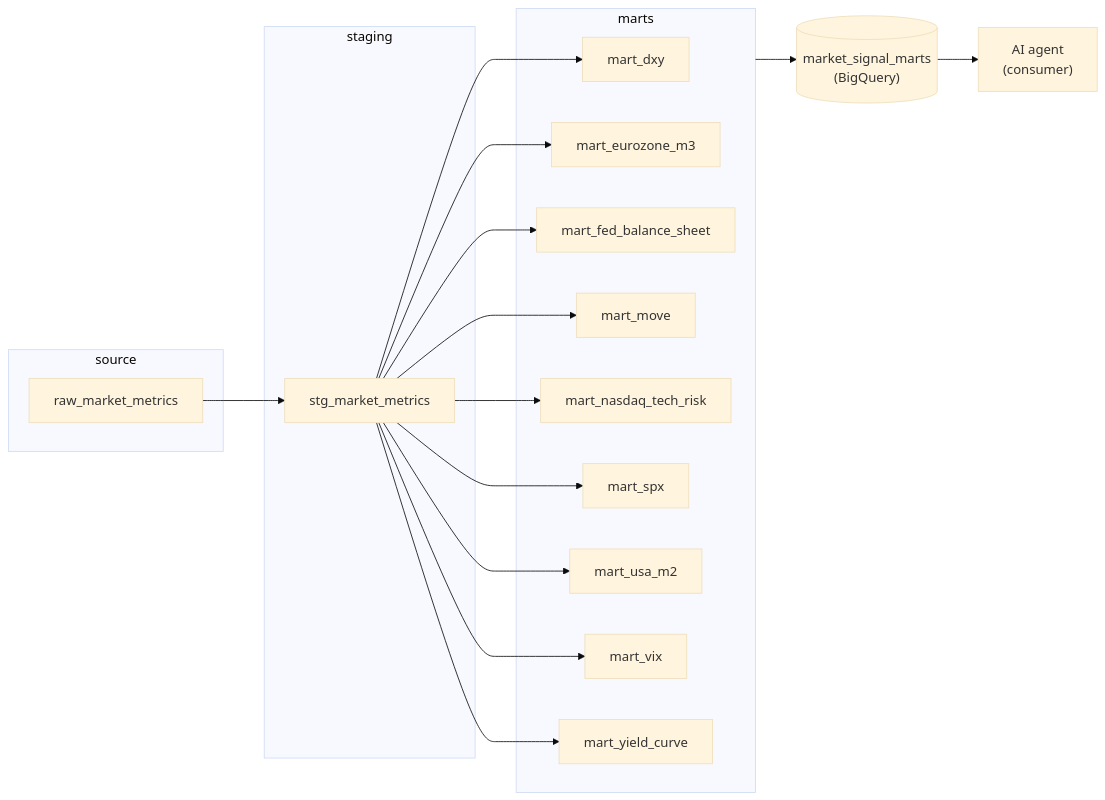
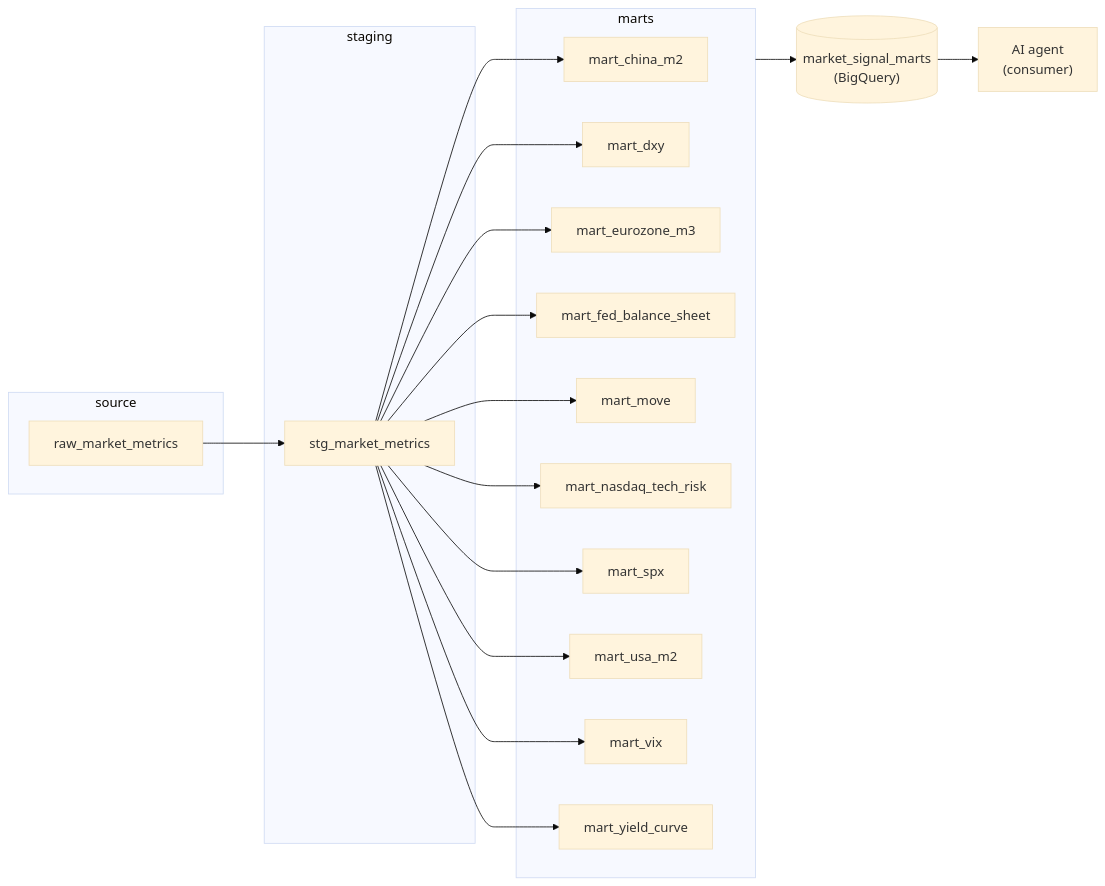
The diagram in README.md (ggsergi/market-signal-stack), drawn with Mermaid (base theme) before and after one commit. The commit also changed other lines of this file, not shown here.

Commit message:
docs: add china_m2_money_supply to README indicator list

````diff
--- a/README.md
+++ b/README.md
@@ -19,32 +19,34 @@
 ```mermaid
 flowchart LR
     subgraph source["source"]
         raw_market_metrics["raw_market_metrics"]
     end
     subgraph staging["staging"]
         stg_market_metrics["stg_market_metrics"]
     end
     subgraph marts["marts"]
+        mart_china_m2["mart_china_m2"]
         mart_dxy["mart_dxy"]
         mart_eurozone_m3["mart_eurozone_m3"]
         mart_fed_balance_sheet["mart_fed_balance_sheet"]
         mart_move["mart_move"]
         mart_nasdaq_tech_risk["mart_nasdaq_tech_risk"]
         mart_spx["mart_spx"]
         mart_usa_m2["mart_usa_m2"]
         mart_vix["mart_vix"]
         mart_yield_curve["mart_yield_curve"]
     end
     raw_market_metrics --> stg_market_metrics
+    stg_market_metrics --> mart_china_m2
     stg_market_metrics --> mart_dxy
     stg_market_metrics --> mart_eurozone_m3
     stg_market_metrics --> mart_fed_balance_sheet
     stg_market_metrics --> mart_move
     stg_market_metrics --> mart_nasdaq_tech_risk
     stg_market_metrics --> mart_spx
     stg_market_metrics --> mart_usa_m2
     stg_market_metrics --> mart_vix
     stg_market_metrics --> mart_yield_curve
     marts --> market_signal_marts[("market_signal_marts<br/>(BigQuery)")]
     market_signal_marts --> agent["AI agent<br/>(consumer)"]
 ```
````
